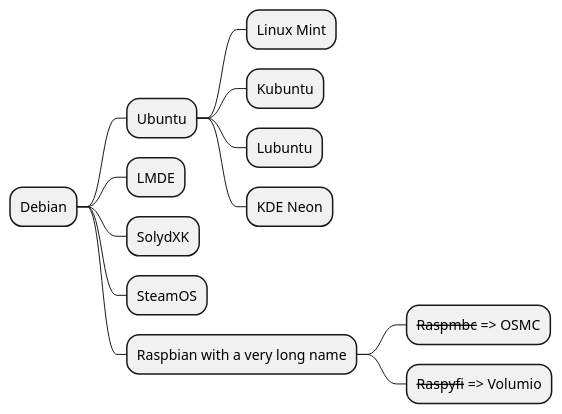
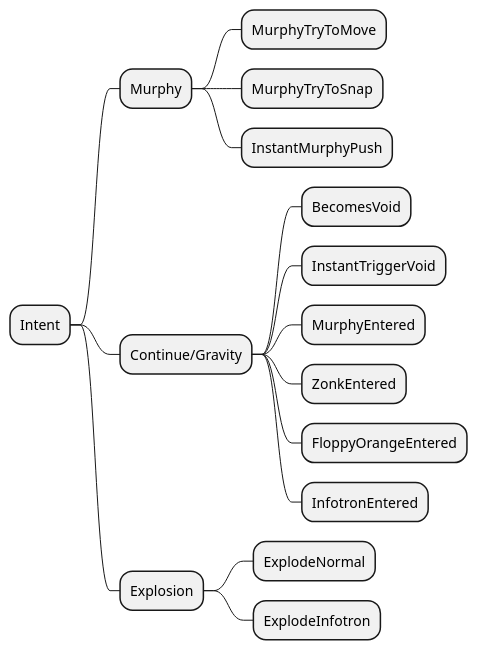
The diagram in doc/intents.puml (openplex-org/openplex), drawn with PlantUML before and after one commit. The commit also changed 56 other files, not shown here.

```diff
--- a/doc/intents.puml
+++ b/doc/intents.puml
@@ -1,14 +1,17 @@
 @startmindmap
-* Debian
-** Ubuntu
-*** Linux Mint
-*** Kubuntu
-*** Lubuntu
-*** KDE Neon
-** LMDE
-** SolydXK
-** SteamOS
-** Raspbian with a very long name
-*** <s>Raspmbc</s> => OSMC
-*** <s>Raspyfi</s> => Volumio
+* Intent
+** Murphy
+*** MurphyTryToMove
+*** MurphyTryToSnap
+*** InstantMurphyPush
+** Continue/Gravity
+*** BecomesVoid
+*** InstantTriggerVoid
+*** MurphyEntered
+*** ZonkEntered
+*** FloppyOrangeEntered
+*** InfotronEntered
+** Explosion
+*** ExplodeNormal
+*** ExplodeInfotron
 @endmindmap
```
